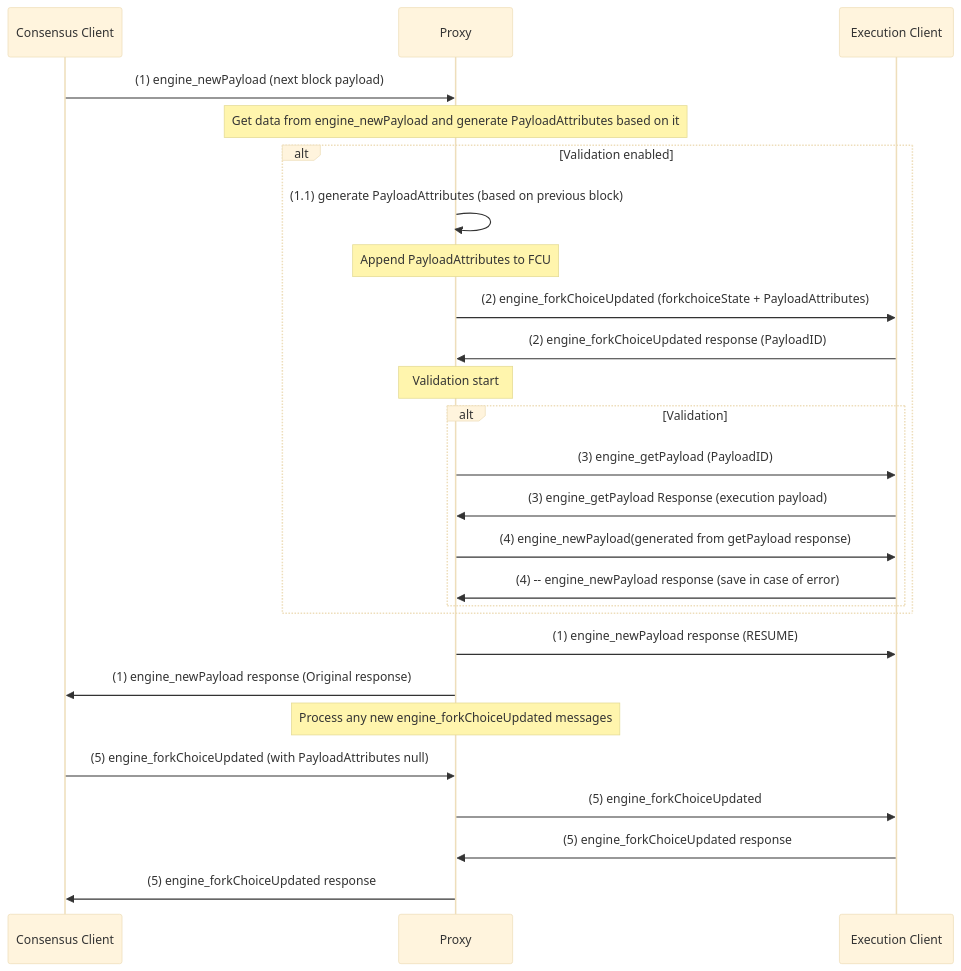
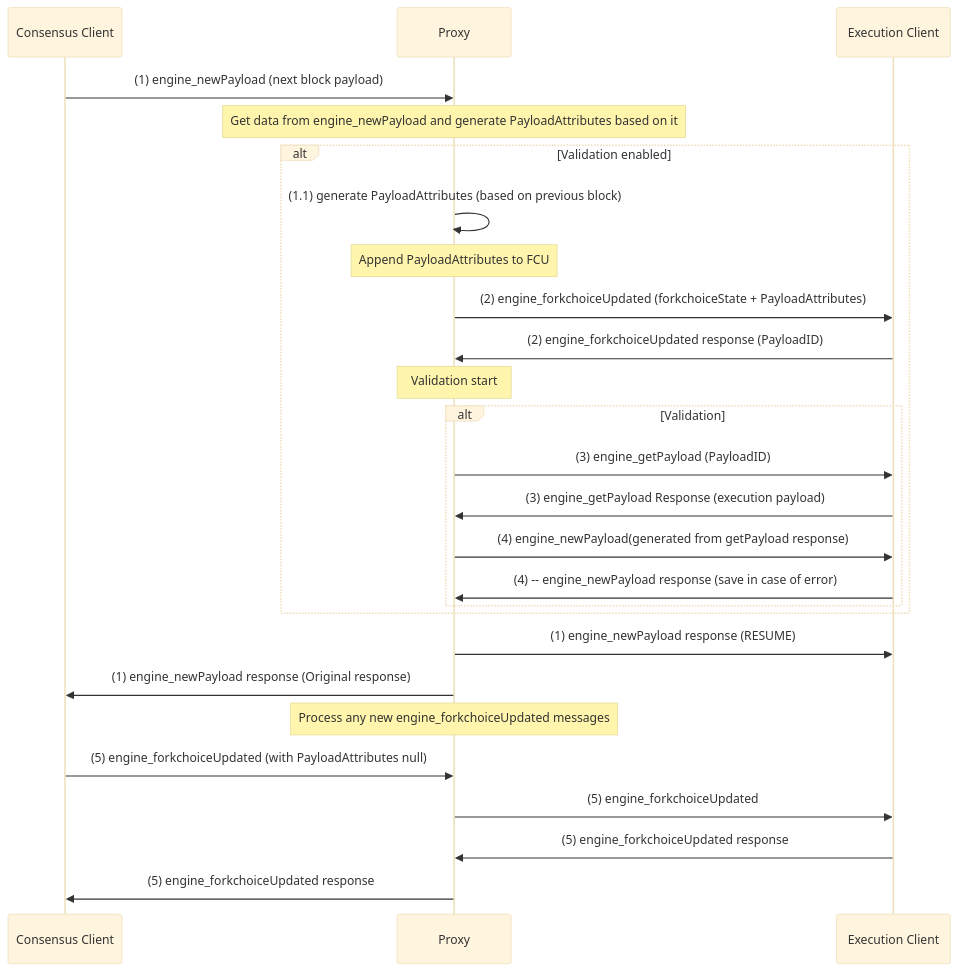
One commit to NethermindEth/nethermind changed the first of 2 diagrams in tools/EngineApiProxy/README.md. Above: the diagram before and after it, drawn with Mermaid (base theme). The commit also changed other lines of this file and 2 other files, not shown here.

````diff
--- a/tools/EngineApiProxy/README.md
+++ b/tools/EngineApiProxy/README.md
@@ -190,44 +207,44 @@
 ```mermaid
 sequenceDiagram
     participant CL as Consensus Client
     participant P as Proxy
     participant EC as Execution Client
 
     %% Step 7: Proceed a valid engine_newPayload (if any)
     CL->>P: (1) engine_newPayload (next block payload)
     
     Note over P: Get data from engine_newPayload and generate PayloadAttributes based on it
     %% Based on request (1) PR generates PayloadAttributes
     alt Validation enabled
  
     P->>P: (1.1) generate PayloadAttributes (based on previous block)
     Note over P: Append PayloadAttributes to FCU
     
     %% Step 2: PR sends generated request (1.1) to EL
-    P->>EC: (2) engine_forkChoiceUpdated (forkchoiceState + PayloadAttributes)
-    EC->>P: (2) engine_forkChoiceUpdated response (PayloadID)
+    P->>EC: (2) engine_forkchoiceUpdated (forkchoiceState + PayloadAttributes)
+    EC->>P: (2) engine_forkchoiceUpdated response (PayloadID)
        
     %% Step 3: getting PayloadID from EL (2), sending engine_getPayload with it
     Note over P: Validation start
     alt Validation
     P->>EC: (3) engine_getPayload (PayloadID)
     EC->>P: (3) engine_getPayload Response (execution payload)
     
     %% Step 4: Sending engine_newPayload with generated (3) payload
     P->>EC: (4) engine_newPayload(generated from getPayload response)
     EC->>P: (4) -- engine_newPayload response (save in case of error)
     end
 
     end
     %% Step 5: Resuming original engine_newPayload
     P->>EC: (1) engine_newPayload response (RESUME)
     P->>CL: (1) engine_newPayload response (Original response)
-    Note over P: Process any new engine_forkChoiceUpdated messages
+    Note over P: Process any new engine_forkchoiceUpdated messages
 
     %% Step 6: CL sends engine_forkChoiceUpdated based on original engine_newPayload response
-    CL->>P: (5) engine_forkChoiceUpdated (with PayloadAttributes null)
-    P->>EC: (5) engine_forkChoiceUpdated
-    EC->>P: (5) engine_forkChoiceUpdated response
-    P->>CL: (5) engine_forkChoiceUpdated response 
+    CL->>P: (5) engine_forkchoiceUpdated (with PayloadAttributes null)
+    P->>EC: (5) engine_forkchoiceUpdated
+    EC->>P: (5) engine_forkchoiceUpdated response
+    P->>CL: (5) engine_forkchoiceUpdated response 
 
 ```
````
